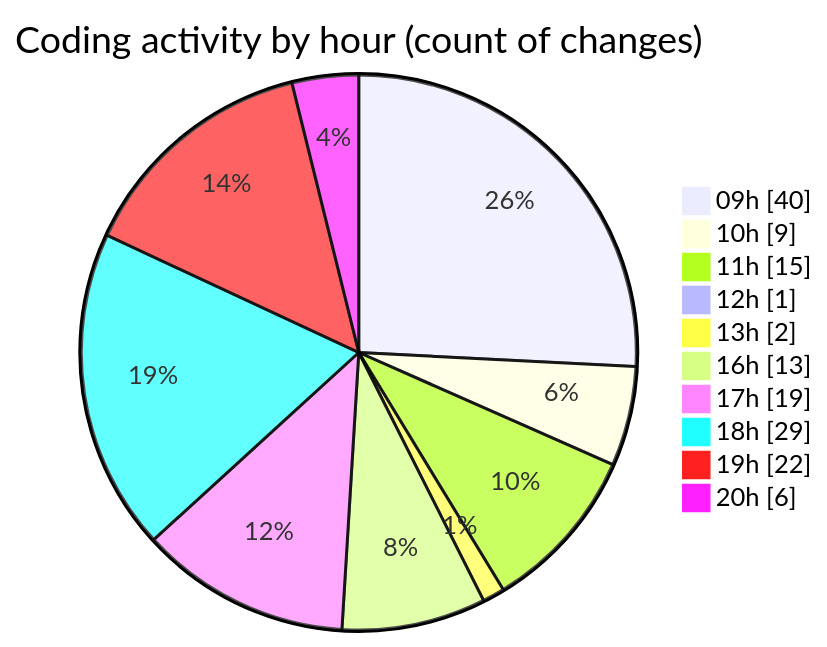
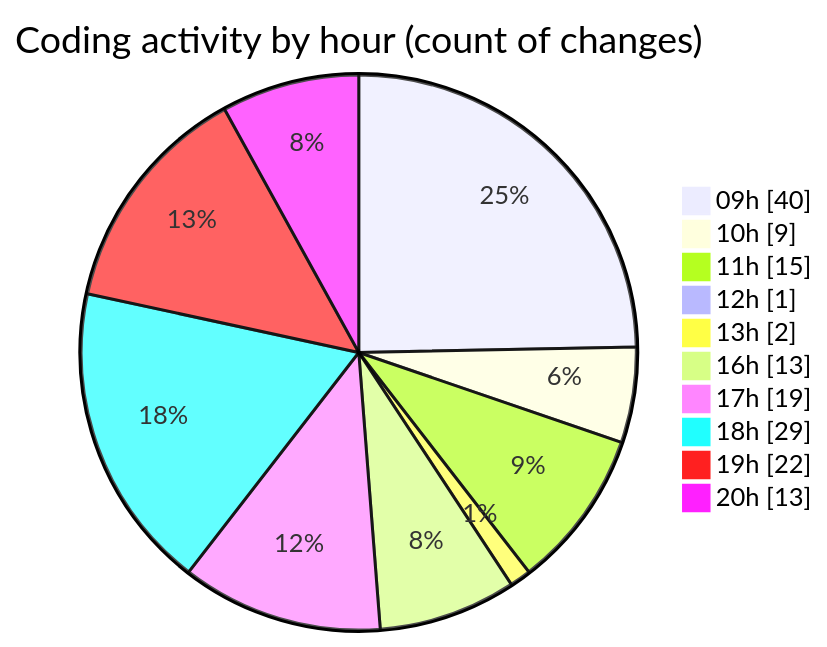
The second of 2 diagrams in 2026-06-15/cda/README.md (momahboobian/code-tracking), drawn with Mermaid before and after one commit. The commit also changed other lines of this file and 1 other file, not shown here.

````diff
--- a/2026-06-15/cda/README.md
+++ b/2026-06-15/cda/README.md
@@ -81,14 +81,14 @@
 ```mermaid
 pie showData
 title Coding activity by hour (count of changes)
 "09h" : 40
 "10h" : 9
 "11h" : 15
 "12h" : 1
 "13h" : 2
 "16h" : 13
 "17h" : 19
 "18h" : 29
 "19h" : 22
-"20h" : 6
+"20h" : 13
 ```
````
